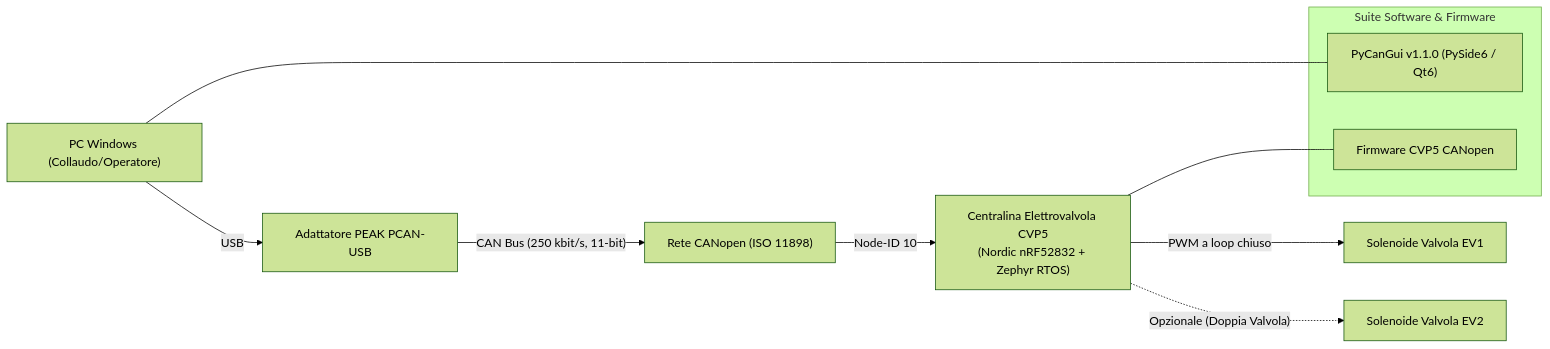
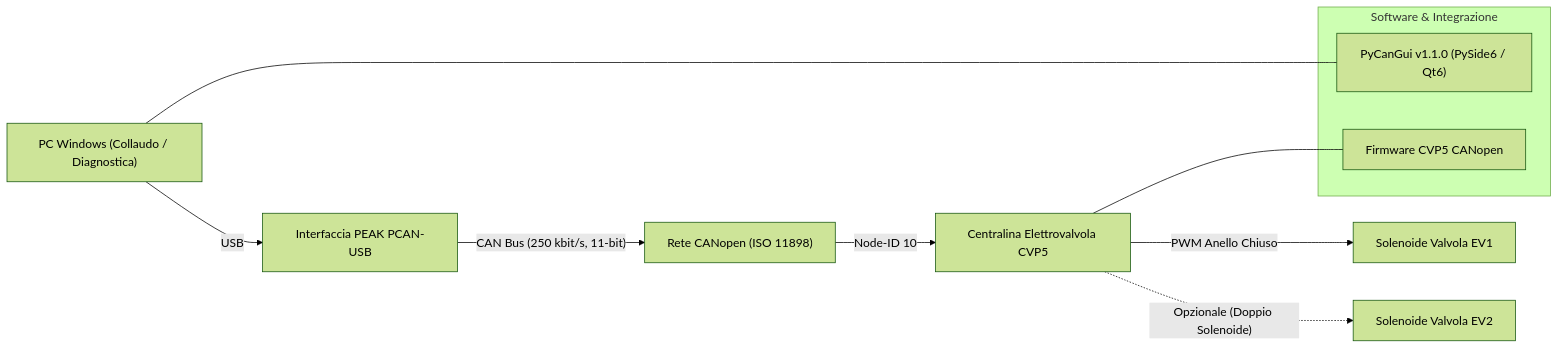
The diagram in README.md (gbrgnn/ge-cvp5-c-docs), drawn with Mermaid (forest theme) before and after one commit. The commit also changed other lines of this file and 12 other files, not shown here.

````diff
--- a/README.md
+++ b/README.md
@@ -16,16 +15,16 @@
 ```mermaid
 flowchart LR
-    PC["PC Windows (Collaudo/Operatore)"] -->|"USB"| PCAN["Adattatore PEAK PCAN-USB"]
+    PC["PC Windows (Collaudo / Diagnostica)"] -->|"USB"| PCAN["Interfaccia PEAK PCAN-USB"]
     PCAN -->|"CAN Bus (250 kbit/s, 11-bit)"| CANBUS["Rete CANopen (ISO 11898)"]
-    CANBUS -->|"Node-ID 10"| CVP5["Centralina Elettrovalvola CVP5\n(Nordic nRF52832 + Zephyr RTOS)"]
-    CVP5 -->|"PWM a loop chiuso"| EV1["Solenoide Valvola EV1"]
-    CVP5 -.->|"Opzionale (Doppia Valvola)"| EV2["Solenoide Valvola EV2"]
+    CANBUS -->|"Node-ID 10"| CVP5["Centralina Elettrovalvola CVP5"]
+    CVP5 -->|"PWM Anello Chiuso"| EV1["Solenoide Valvola EV1"]
+    CVP5 -.->|"Opzionale (Doppio Solenoide)"| EV2["Solenoide Valvola EV2"]
     
-    subgraph Suite_Software["Suite Software & Firmware"]
+    subgraph Suite_Software["Software & Integrazione"]
         GUI["PyCanGui v1.1.0 (PySide6 / Qt6)"]
         FW["Firmware CVP5 CANopen"]
     end
     
     PC --- GUI
     CVP5 --- FW
 ```
````
